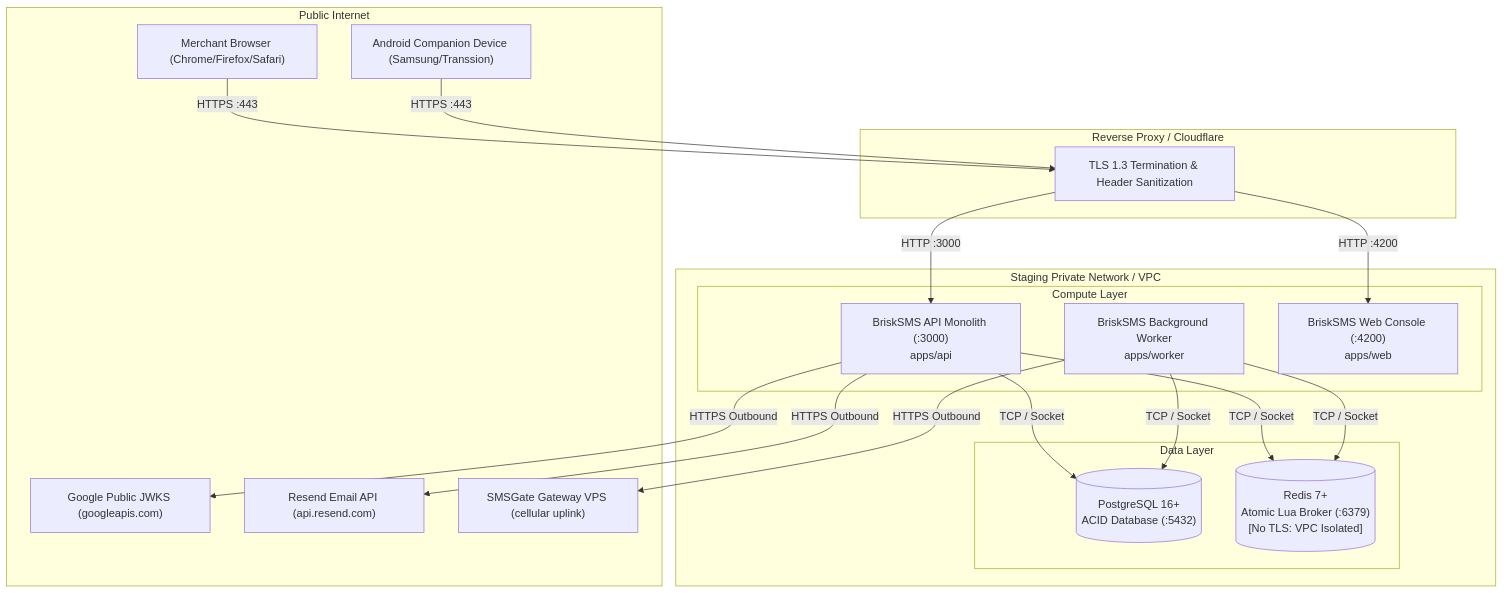
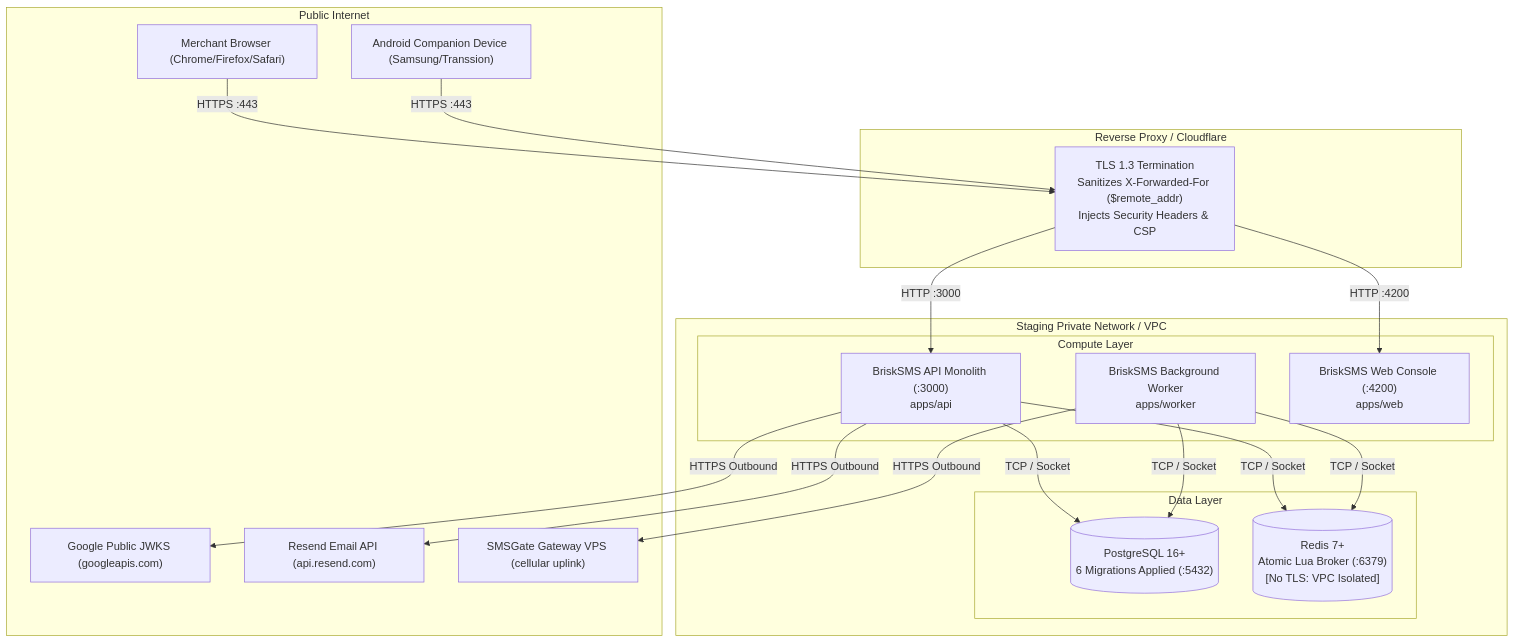
The diagram in docs/reports/STAGING_READINESS_AUDIT.md (realmadede/BriskSMS), drawn with Mermaid before and after one commit. The commit also changed other lines of this file, not shown here.

````diff
--- a/docs/reports/STAGING_READINESS_AUDIT.md
+++ b/docs/reports/STAGING_READINESS_AUDIT.md
@@ -71,41 +250,41 @@
 ```mermaid
 flowchart TD
     subgraph Public Internet
         Browser["Merchant Browser (Chrome/Firefox/Safari)"]
         AndroidDevice["Android Companion Device (Samsung/Transsion)"]
         GoogleJWKS["Google Public JWKS (googleapis.com)"]
         ResendAPI["Resend Email API (api.resend.com)"]
         SMSGateCloud["SMSGate Gateway VPS (cellular uplink)"]
     end
 
     subgraph Staging Edge [Reverse Proxy / Cloudflare]
-        Edge["TLS 1.3 Termination & Header Sanitization"]
+        Edge["TLS 1.3 Termination<br/>Sanitizes X-Forwarded-For ($remote_addr)<br/>Injects Security Headers & CSP"]
     end
 
     subgraph Staging Private Network / VPC
         subgraph Compute Layer
             API["BriskSMS API Monolith (:3000)<br/>apps/api"]
             Worker["BriskSMS Background Worker<br/>apps/worker"]
             WebConsole["BriskSMS Web Console (:4200)<br/>apps/web"]
         end
 
         subgraph Data Layer
-            PG[("PostgreSQL 16+<br/>ACID Database (:5432)")]
+            PG[("PostgreSQL 16+<br/>6 Migrations Applied (:5432)")]
             Redis[("Redis 7+<br/>Atomic Lua Broker (:6379)<br/>[No TLS: VPC Isolated]")]
         end
     end
 
     Browser -->|HTTPS :443| Edge
     AndroidDevice -->|HTTPS :443| Edge
     Edge -->|HTTP :3000| API
     Edge -->|HTTP :4200| WebConsole
 
     API -->|TCP / Socket| PG
     API -->|TCP / Socket| Redis
     Worker -->|TCP / Socket| PG
     Worker -->|TCP / Socket| Redis
 
     API -->|HTTPS Outbound| GoogleJWKS
     API -->|HTTPS Outbound| ResendAPI
     Worker -->|HTTPS Outbound| SMSGateCloud
 ```
````
